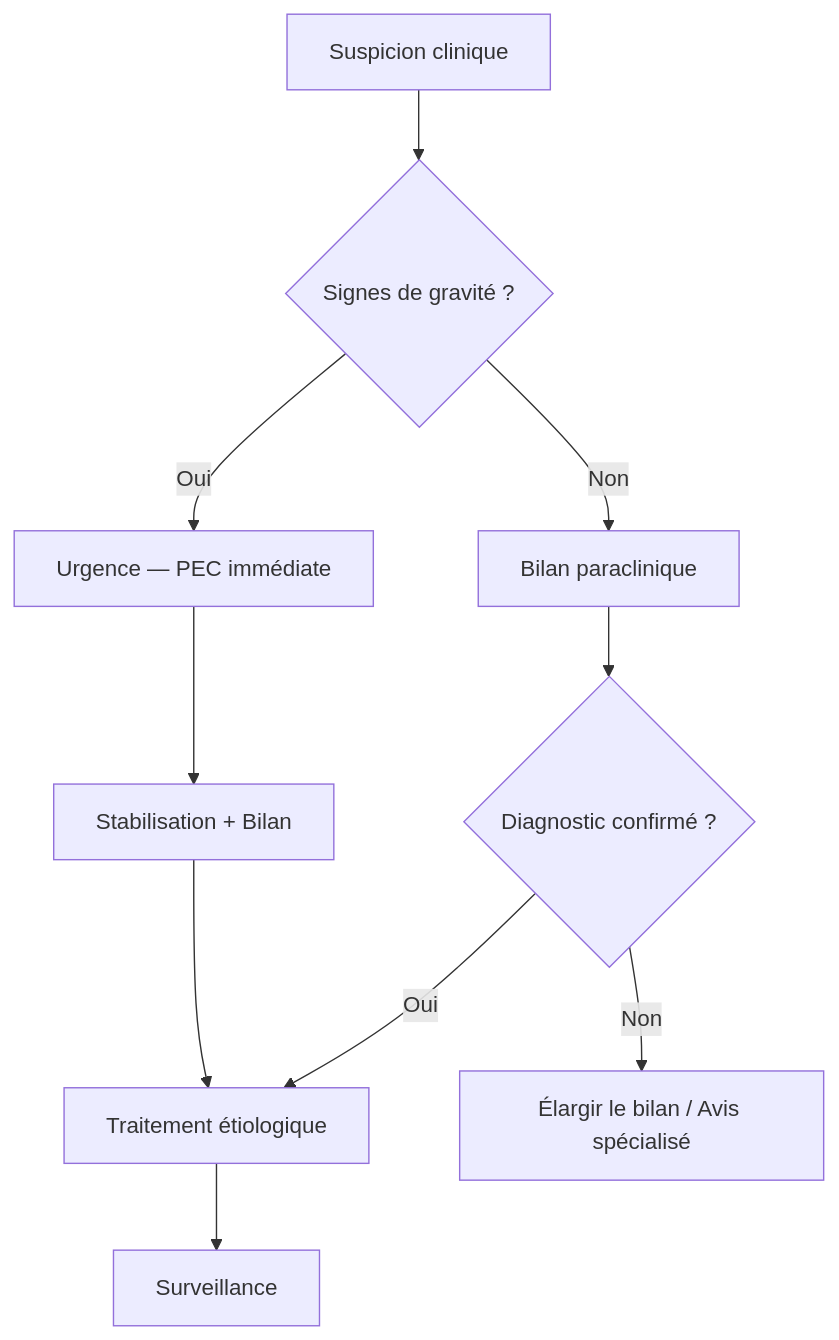
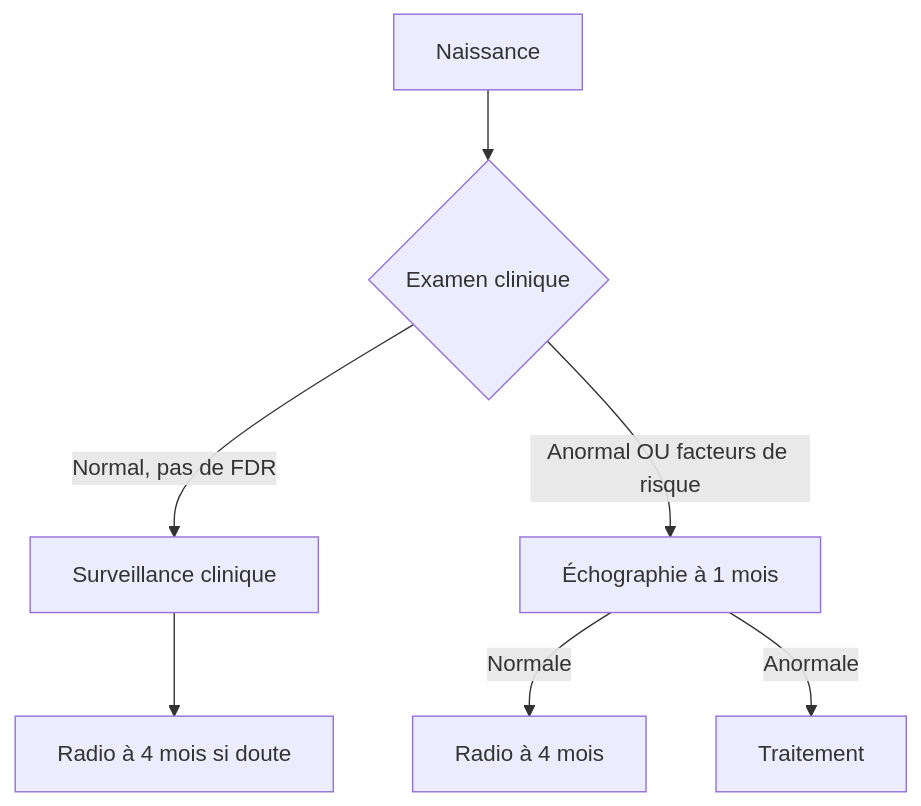
Before and after one commit to achma-learning/resume.md: the diagram in s7/ped-chir/Maladie luxante de la hanche.md, drawn with Mermaid. The commit also changed other lines of this file and 20 other files, not shown here.

````diff
--- a/s7/ped-chir/Maladie luxante de la hanche.md
+++ b/s7/ped-chir/Maladie luxante de la hanche.md
@@ -268,12 +163,9 @@
 ```mermaid
-flowchart TD
-    A[Suspicion clinique] --> B{Signes de gravité ?}
-    B -->|Oui| C[Urgence — PEC immédiate]
-    B -->|Non| D[Bilan paraclinique]
-    D --> E{Diagnostic confirmé ?}
-    E -->|Oui| F[Traitement étiologique]
-    E -->|Non| G[Élargir le bilan / Avis spécialisé]
-    F --> H[Surveillance]
-    C --> I[Stabilisation + Bilan]
-    I --> F
+graph TD
+    A[Naissance] --> B{Examen clinique}
+    B -->|Normal, pas de FDR| C[Surveillance clinique]
+    B -->|Anormal OU facteurs de risque| D[Échographie à 1 mois]
+    D -->|Normale| E[Radio à 4 mois]
+    D -->|Anormale| F[Traitement]
+    C --> G[Radio à 4 mois si doute]
 ```
````
